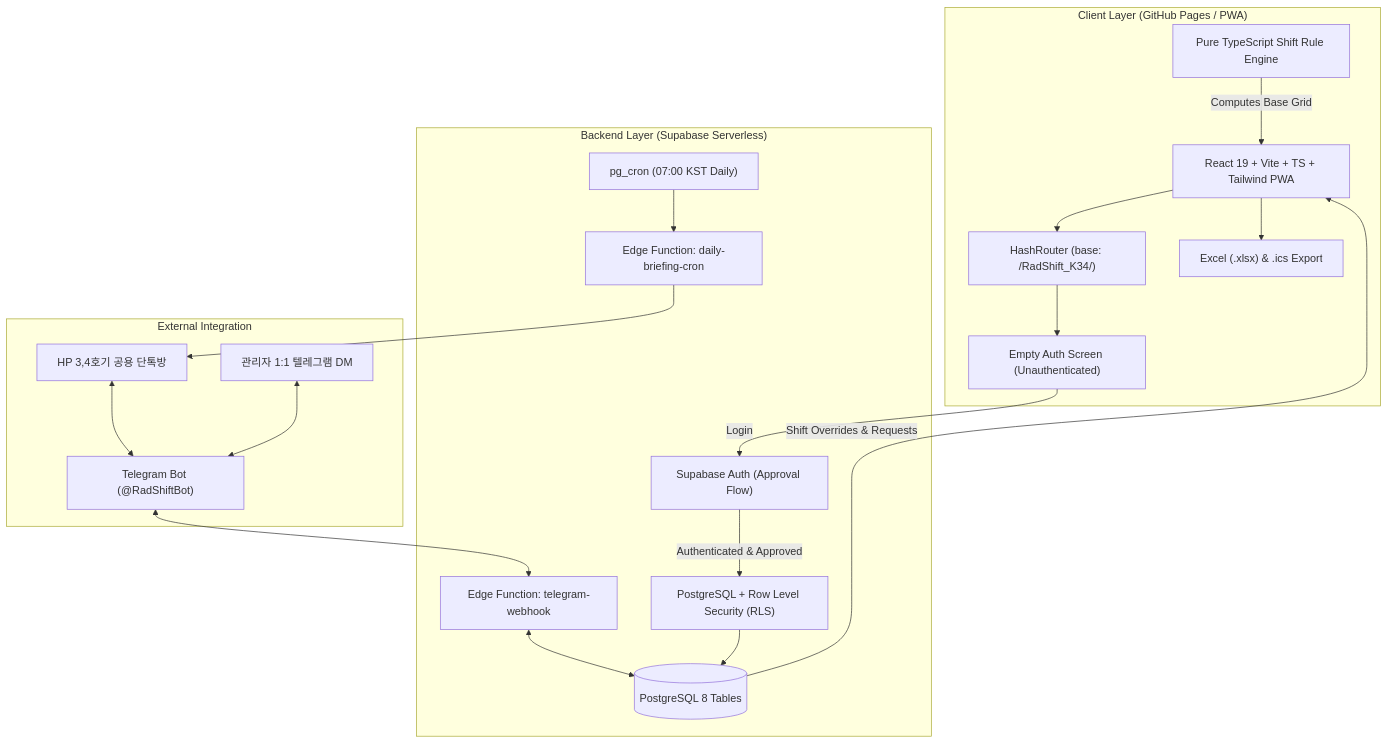
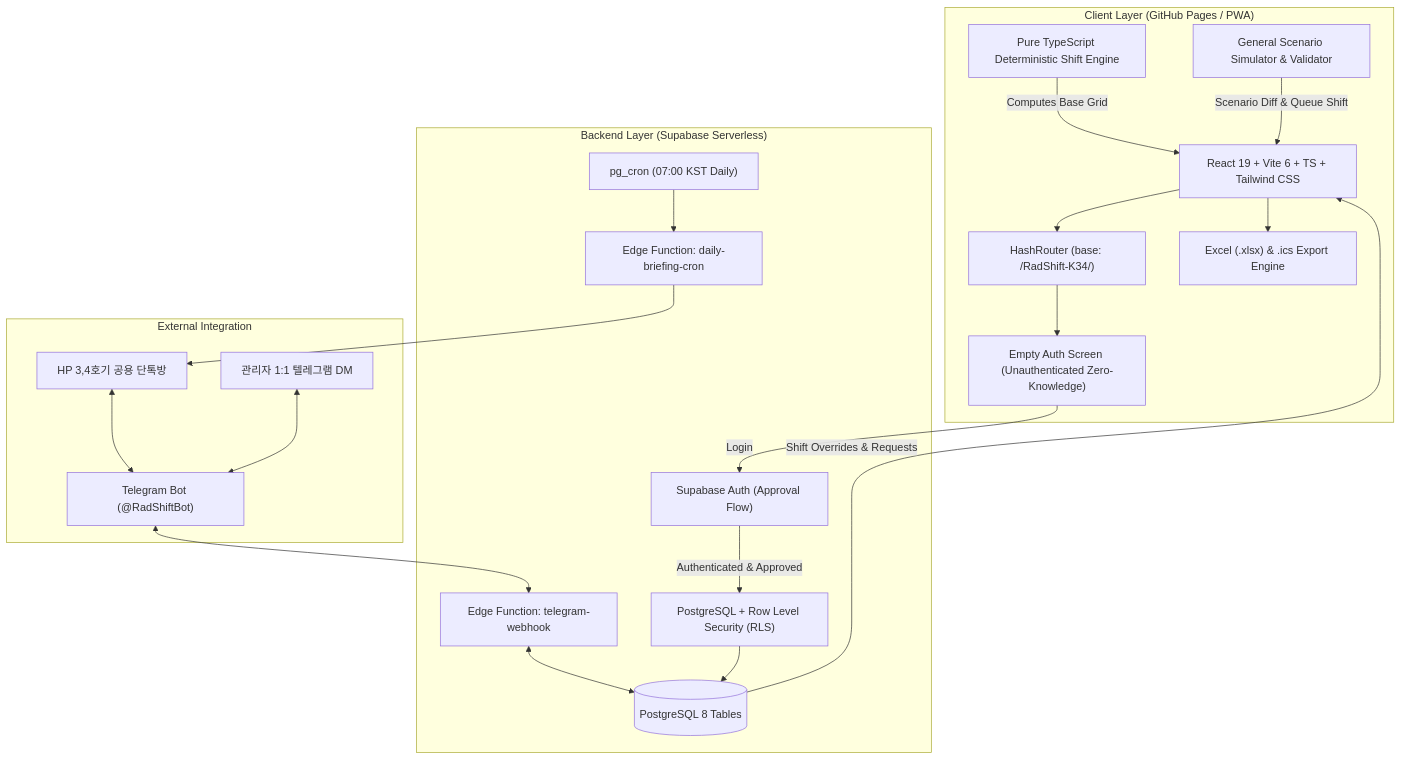
The first of 4 diagrams in docs/SPECIFICATION.md (radshiftk34/RadShift-K34), drawn with Mermaid before and after one commit. The commit also changed other lines of this file, not shown here.

Commit message:
docs: revise specification to v1.1.0 with 9-cell circular queue and general scenario simulator

````diff
--- a/docs/SPECIFICATION.md
+++ b/docs/SPECIFICATION.md
@@ -25,41 +27,43 @@
 ```mermaid
 flowchart TD
     subgraph Client ["Client Layer (GitHub Pages / PWA)"]
-        UI["React 19 + Vite + TS + Tailwind PWA"]
-        Router["HashRouter (base: /RadShift_K34/)"]
-        AuthUI["Empty Auth Screen (Unauthenticated)"]
-        EngineClient["Pure TypeScript Shift Rule Engine"]
-        ExcelICS["Excel (.xlsx) & .ics Export"]
+        UI["React 19 + Vite 6 + TS + Tailwind CSS"]
+        Router["HashRouter (base: /RadShift-K34/)"]
+        AuthUI["Empty Auth Screen (Unauthenticated Zero-Knowledge)"]
+        EngineClient["Pure TypeScript Deterministic Shift Engine"]
+        SimEngine["General Scenario Simulator & Validator"]
+        ExcelICS["Excel (.xlsx) & .ics Export Engine"]
     end
 
     subgraph Supabase ["Backend Layer (Supabase Serverless)"]
         Auth["Supabase Auth (Approval Flow)"]
         RLS["PostgreSQL + Row Level Security (RLS)"]
         DB[(PostgreSQL 8 Tables)]
         EF_Telegram["Edge Function: telegram-webhook"]
         EF_Cron["Edge Function: daily-briefing-cron"]
         CronSchedule["pg_cron (07:00 KST Daily)"]
     end
 
     subgraph Telegram ["External Integration"]
         Bot["Telegram Bot (@RadShiftBot)"]
         Group["HP 3,4호기 공용 단톡방"]
         AdminDM["관리자 1:1 텔레그램 DM"]
     end
 
     UI --> Router
     Router --> AuthUI
     AuthUI -- Login --> Auth
     Auth -- Authenticated & Approved --> RLS
     RLS --> DB
     EngineClient -- Computes Base Grid --> UI
+    SimEngine -- Scenario Diff & Queue Shift --> UI
     DB -- Shift Overrides & Requests --> UI
     UI --> ExcelICS
 
     Group <--> Bot
     AdminDM <--> Bot
     Bot <--> EF_Telegram
     EF_Telegram <--> DB
     CronSchedule --> EF_Cron
     EF_Cron --> Group
 ```
````
